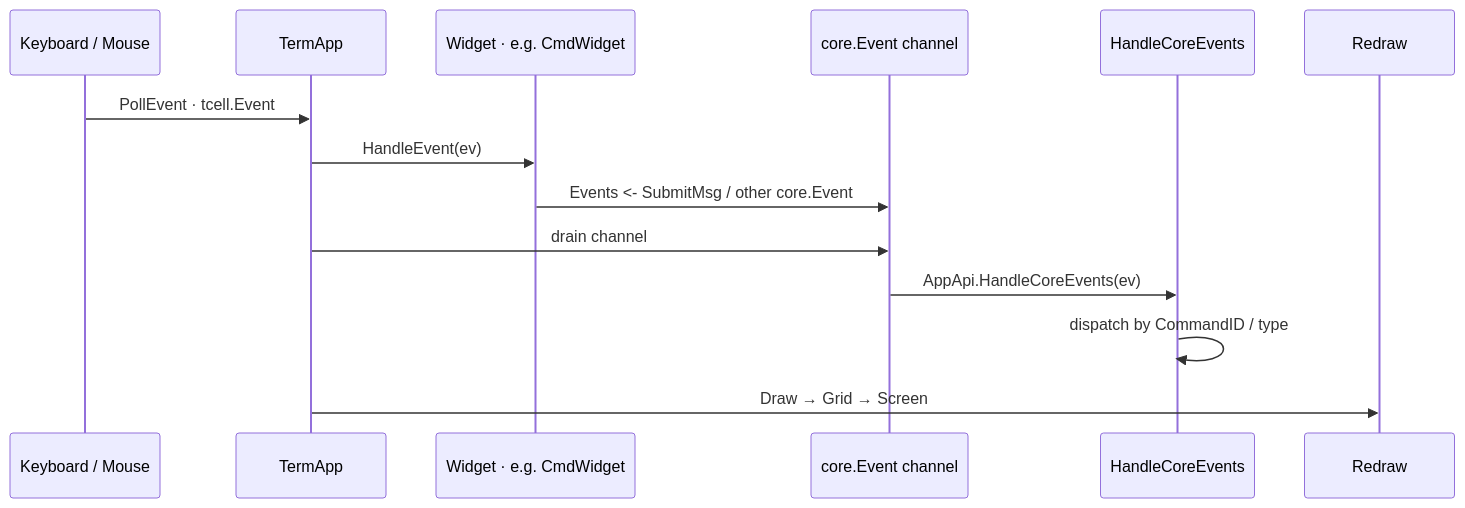
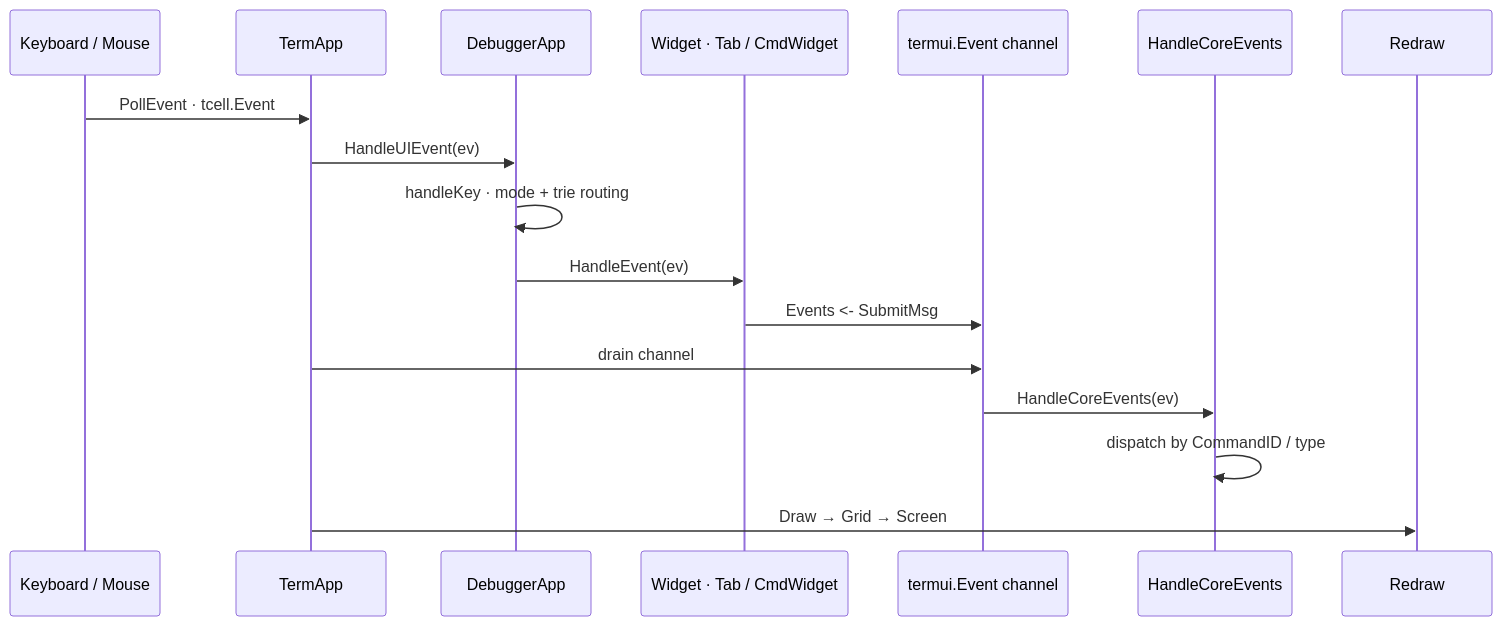
The diagram in docs/diagrams/event_flow.mermaid (yairgd/gdbforge), drawn with Mermaid before and after one commit. The commit also changed 18 other files, not shown here.

```diff
--- a/docs/diagrams/event_flow.mermaid
+++ b/docs/diagrams/event_flow.mermaid
@@ -1,15 +1,18 @@
 sequenceDiagram
     participant Input as Keyboard / Mouse
     participant App as TermApp
-    participant Widget as Widget · e.g. CmdWidget
-    participant Bus as core.Event channel
+    participant Dbg as DebuggerApp
+    participant Widget as Widget · Tab / CmdWidget
+    participant Bus as termui.Event channel
     participant Core as HandleCoreEvents
     participant Render as Redraw
 
     Input ->> App: PollEvent · tcell.Event
-    App ->> Widget: HandleEvent(ev)
-    Widget ->> Bus: Events <- SubmitMsg / other core.Event
+    App ->> Dbg: HandleUIEvent(ev)
+    Dbg ->> Dbg: handleKey · mode + trie routing
+    Dbg ->> Widget: HandleEvent(ev)
+    Widget ->> Bus: Events <- SubmitMsg
     App ->> Bus: drain channel
-    Bus ->> Core: AppApi.HandleCoreEvents(ev)
+    Bus ->> Core: HandleCoreEvents(ev)
     Core ->> Core: dispatch by CommandID / type
     App ->> Render: Draw → Grid → Screen
```
